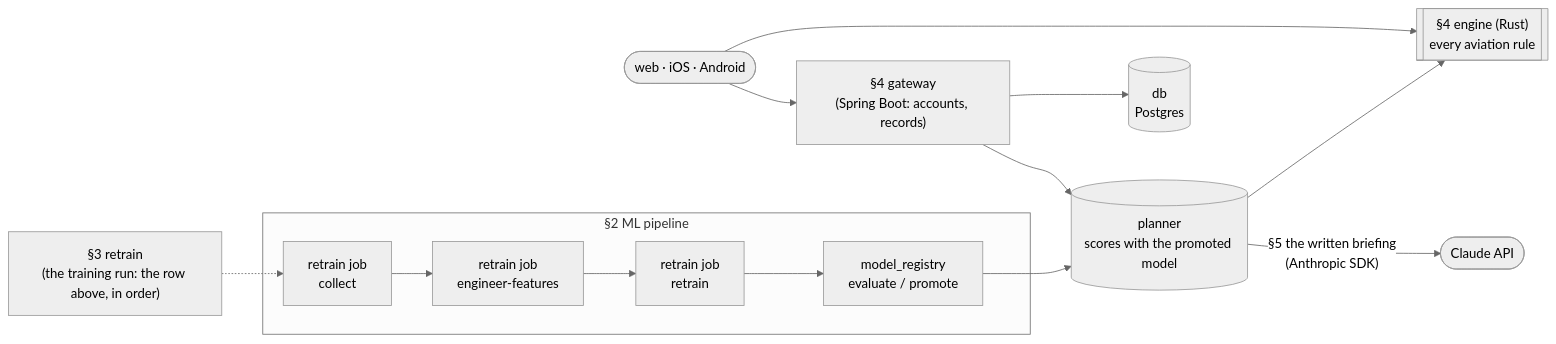
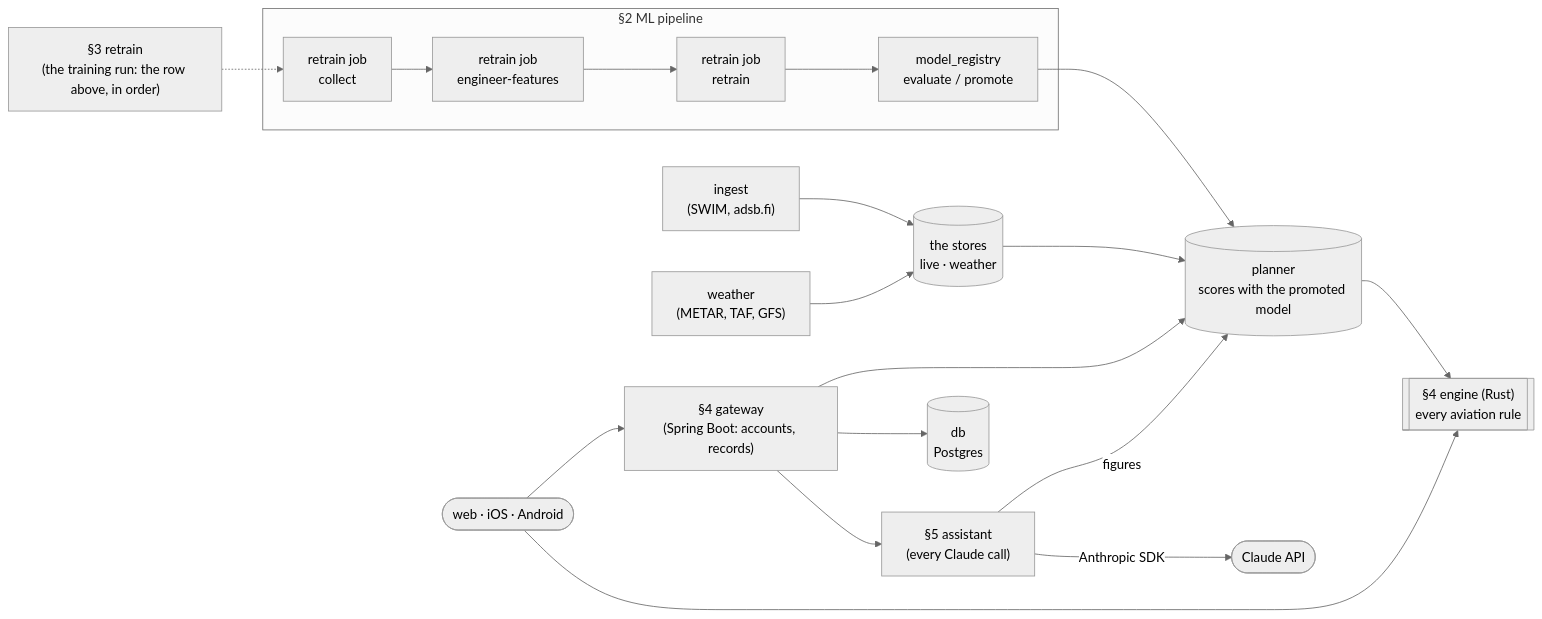
One commit to asdaq-samir/wingtip changed the first of 3 diagrams in docs/LEARNING-GUIDE.md. Above: the diagram before and after it, drawn with Mermaid (neutral theme). The commit also changed other lines of this file and 19 other files, not shown here.

````diff
--- a/docs/LEARNING-GUIDE.md
+++ b/docs/LEARNING-GUIDE.md
@@ -41,20 +43,25 @@
 ```mermaid
 flowchart LR
     subgraph pipeline["§2 ML pipeline"]
         collect[retrain job<br/>collect] --> engineer[retrain job<br/>engineer-features]
         engineer --> retrain[retrain job<br/>retrain]
         retrain --> registry[model_registry<br/>evaluate / promote]
     end
     run["§3 retrain<br/>(the training run: the row above, in order)"] -.-> collect
 
     registry --> planner[("planner<br/>scores with the promoted model")]
 
     gateway["§4 gateway<br/>(Spring Boot: accounts, records)"] --> planner
     gateway --> db[("db<br/>Postgres")]
     planner --> engine[["§4 engine (Rust)<br/>every aviation rule"]]
     apps([web · iOS · Android]) --> gateway
     apps --> engine
 
-    planner -->|"§5 the written briefing<br/>(Anthropic SDK)"| claude([Claude API])
+    gateway --> assistant["§5 assistant<br/>(every Claude call)"]
+    assistant -->|figures| planner
+    assistant -->|"Anthropic SDK"| claude([Claude API])
+    ingest["ingest<br/>(SWIM, adsb.fi)"] --> stores[("the stores<br/>live · weather")]
+    weatherSvc["weather<br/>(METAR, TAF, GFS)"] --> stores
+    stores --> planner
 
 ```
````
